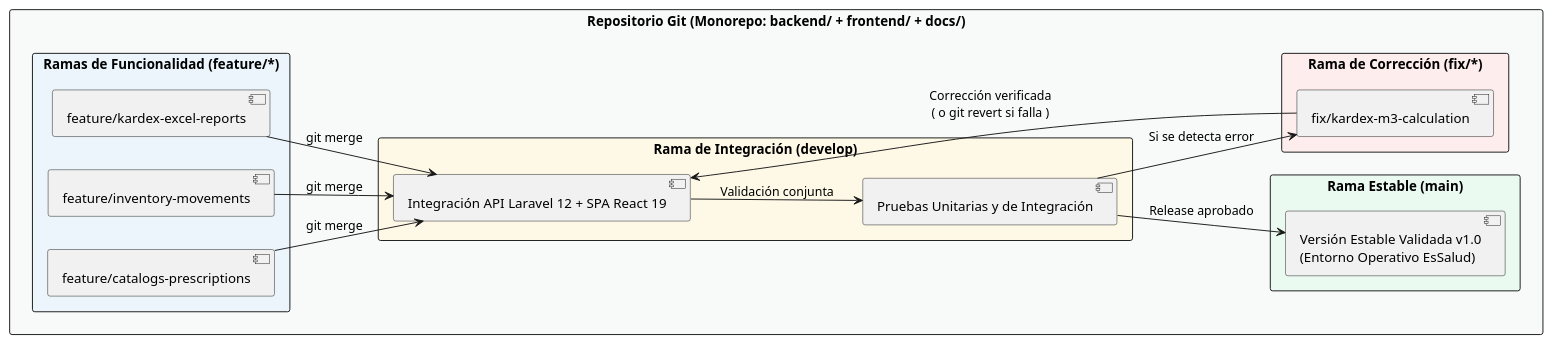
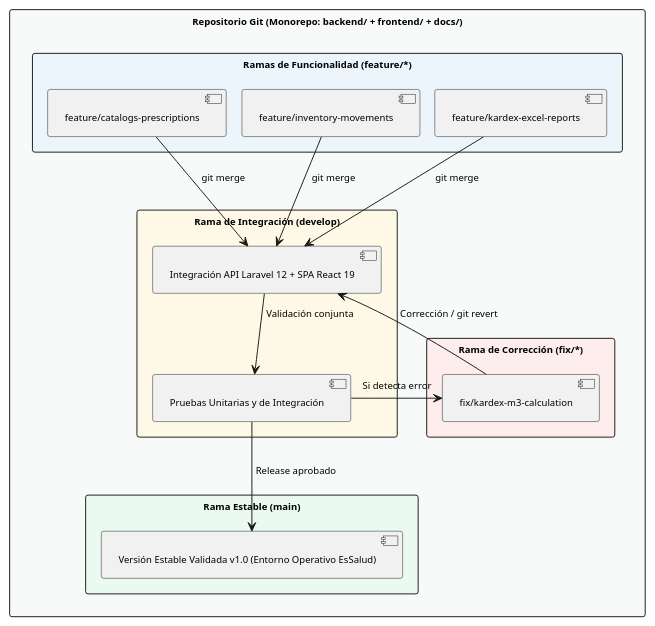
Before and after one commit to MrBombini/Gestion-de-Almacen-Essalud-: the diagram in docs/Documentacion/PLANIFICACION_PROYECTO_3.4.md, drawn with PlantUML. The commit also changed 2 other files, not shown here.

Commit message:
documentacion, diagramas

````diff
--- a/docs/Documentacion/PLANIFICACION_PROYECTO_3.4.md
+++ b/docs/Documentacion/PLANIFICACION_PROYECTO_3.4.md
@@ -60,39 +60,46 @@
 ```plantuml
 @startuml Flujo_Control_Versiones_Git_EsSalud
-left to right direction
+top to bottom direction
 skinparam defaultFontName Arial
+skinparam defaultFontSize 10
 skinparam shadowing false
 skinparam packageStyle rectangle
+skinparam nodesep 16
+skinparam ranksep 20
+skinparam padding 3
+scale max 700 width
 
 package "Repositorio Git (Monorepo: backend/ + frontend/ + docs/)" #F8F9F9 {
 
     rectangle "Ramas de Funcionalidad (feature/*)" #EBF5FB {
         [feature/catalogs-prescriptions] as F1
         [feature/inventory-movements] as F2
         [feature/kardex-excel-reports] as F3
     }
 
-    rectangle "Rama de Integración (develop)" #FEF9E7 {
-        [Integración API Laravel 12 + SPA React 19] as DEV
-        [Pruebas Unitarias y de Integración] as QA
-    }
+    together {
+        rectangle "Rama de Integración (develop)" #FEF9E7 {
+            [Integración API Laravel 12 + SPA React 19] as DEV
+            [Pruebas Unitarias y de Integración] as QA
+            DEV -down-> QA : Validación conjunta
+        }
 
-    rectangle "Rama de Corrección (fix/*)" #FDEDEC {
-        [fix/kardex-m3-calculation] as FIX
+        rectangle "Rama de Corrección (fix/*)" #FDEDEC {
+            [fix/kardex-m3-calculation] as FIX
+        }
     }
 
     rectangle "Rama Estable (main)" #EAFAF1 {
-        [Versión Estable Validada v1.0\n(Entorno Operativo EsSalud)] as MAIN
+        [Versión Estable Validada v1.0 (Entorno Operativo EsSalud)] as MAIN
     }
 
-    F1 --> DEV : git merge
-    F2 --> DEV : git merge
-    F3 --> DEV : git merge
-    DEV --> QA : Validación conjunta
-    QA --> FIX : Si se detecta error
-    FIX --> DEV : Corrección verificada\n( o git revert si falla )
-    QA --> MAIN : Release aprobado
+    F1 -down-> DEV : git merge
+    F2 -down-> DEV : git merge
+    F3 -down-> DEV : git merge
+    QA -right-> FIX : Si detecta error
+    FIX -up-> DEV : Corrección / git revert
+    QA -down-> MAIN : Release aprobado
 }
 
 @enduml
 ```
````
